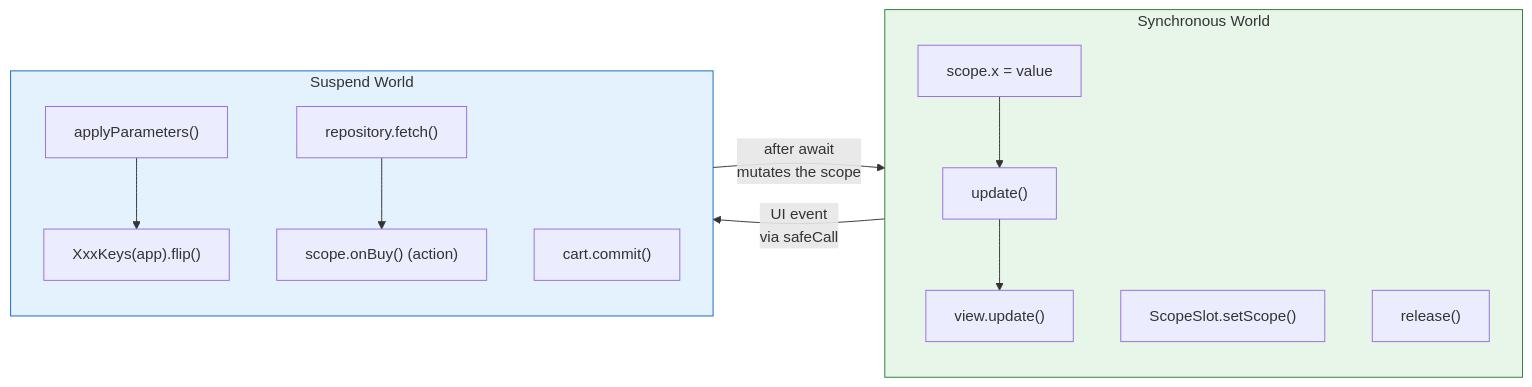
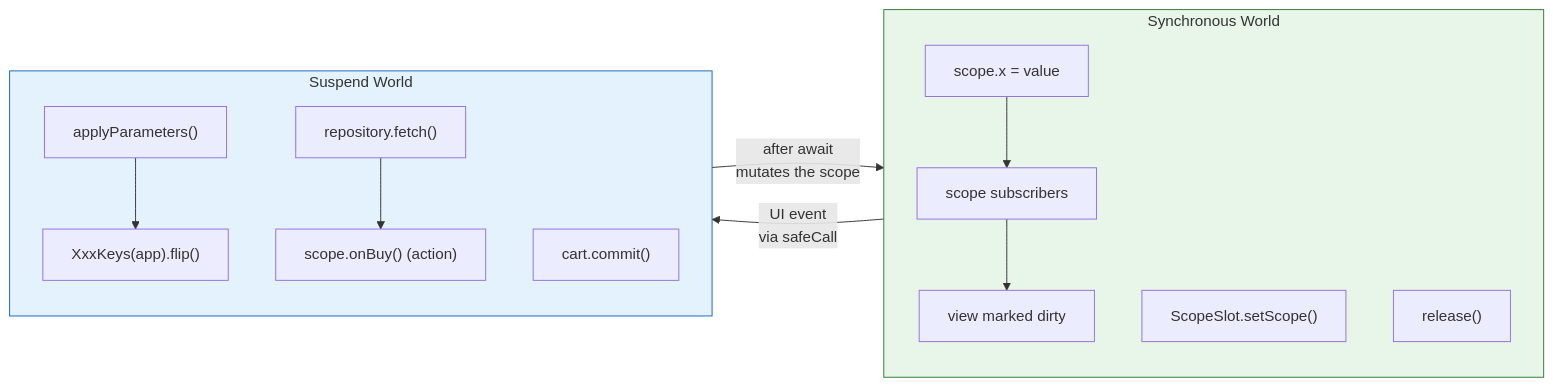
Before and after one commit to mrcdom/wdc-cube-kotlin: diagram 11 of 19 in docs/architecture-cube.md, drawn with Mermaid. The commit also changed other lines of this file and 9 other files, not shown here.

````diff
--- a/docs/architecture-cube.md
+++ b/docs/architecture-cube.md
@@ -779,29 +776,29 @@
 ```mermaid
 flowchart LR
     subgraph SYNC["Synchronous World"]
         direction TB
         S1["scope.x = value"]
-        S2["update()"]
-        S3["view.update()"]
+        S2["scope subscribers"]
+        S3["view marked dirty"]
         S4["ScopeSlot.setScope()"]
         S5["release()"]
         S1 --> S2 --> S3
     end
 
     subgraph SUSPEND["Suspend World"]
         direction TB
         A1["applyParameters()"]
         A2["XxxKeys(app).flip()"]
         A3["repository.fetch()"]
         A4["scope.onBuy() (action)"]
         A5["cart.commit()"]
         A1 --> A2
         A3 --> A4
     end
 
     SUSPEND -->|"after await\nmutates the scope"| SYNC
     SYNC -->|"UI event\nvia safeCall"| SUSPEND
 
     style SYNC fill:#e8f5e9,stroke:#2e7d32
     style SUSPEND fill:#e3f2fd,stroke:#1565c0
 ```
````
